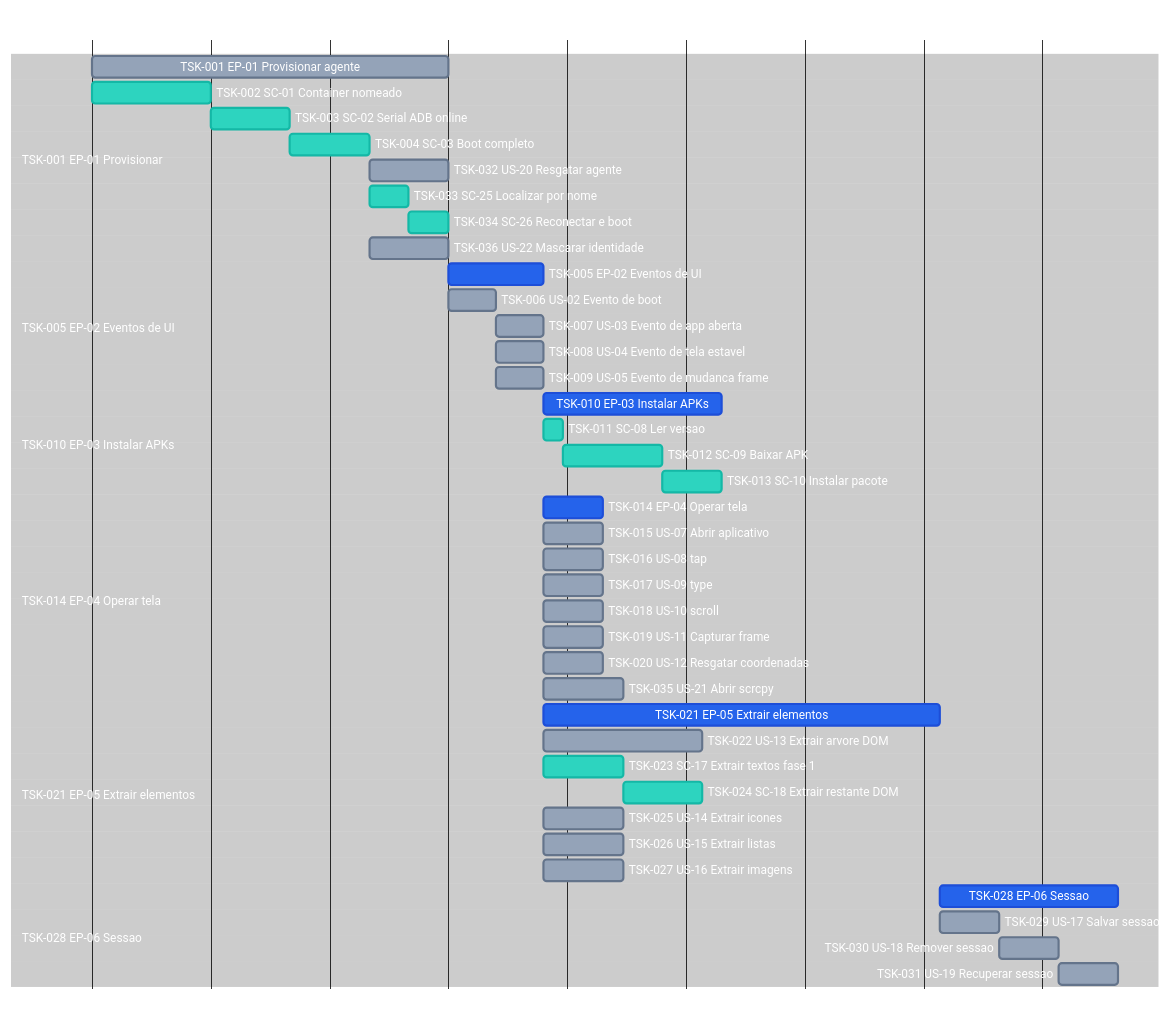
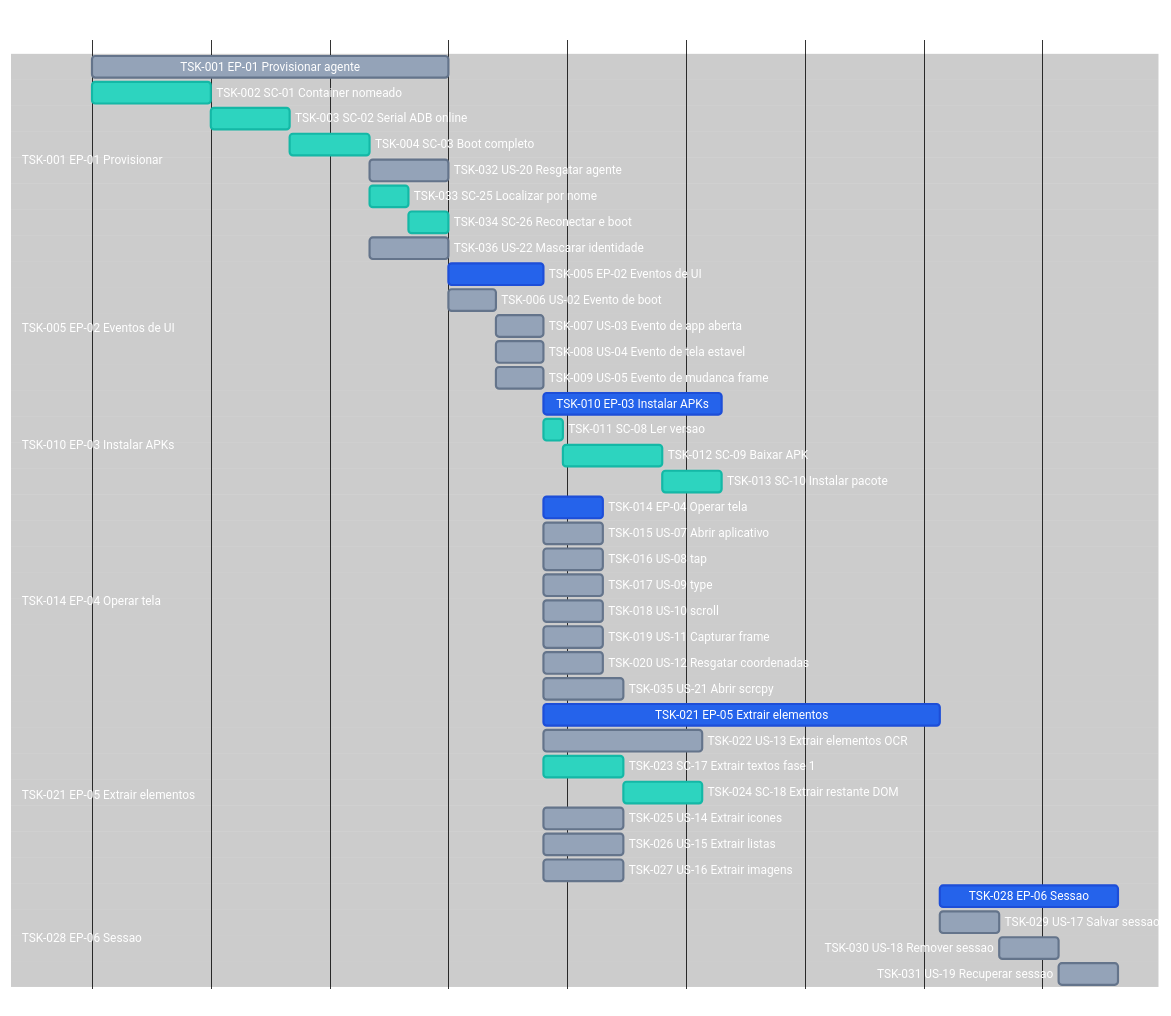
One commit to laerciogermano/workstation changed the diagram in screen-robot/7.tasks.md. Above: the diagram before and after it, drawn with Mermaid. The commit also changed other lines of this file and 18 other files, not shown here.

Commit message:
Documenta extract como lista plana de elementos OCR, sem árvore DOM.

```diff
--- a/screen-robot/7.tasks.md
+++ b/screen-robot/7.tasks.md
@@ -87,7 +87,7 @@
 
   section TSK-021 EP-05 Extrair elementos
   TSK-021 EP-05 Extrair elementos       :done, tsk21, after tsk09, 100m
-  TSK-022 US-13 Extrair arvore DOM      :tsk22, after tsk09, 40m
+  TSK-022 US-13 Extrair elementos OCR   :tsk22, after tsk09, 40m
   TSK-023 SC-17 Extrair textos fase 1   :active, tsk23, after tsk09, 20m
   TSK-024 SC-18 Extrair restante DOM    :active, tsk24, after tsk23, 20m
   TSK-025 US-14 Extrair icones          :tsk25, after tsk09, 20m
```
